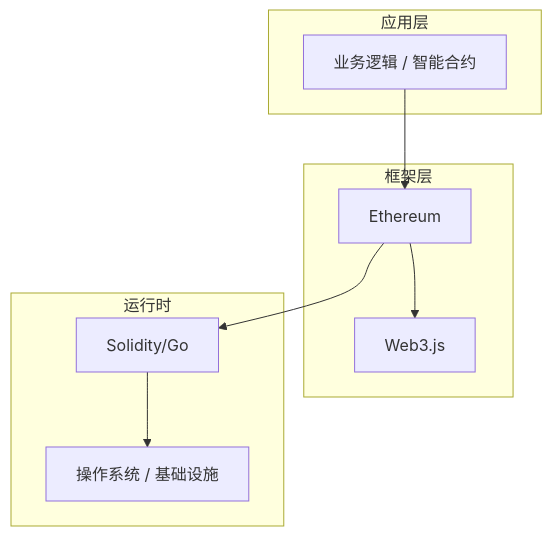
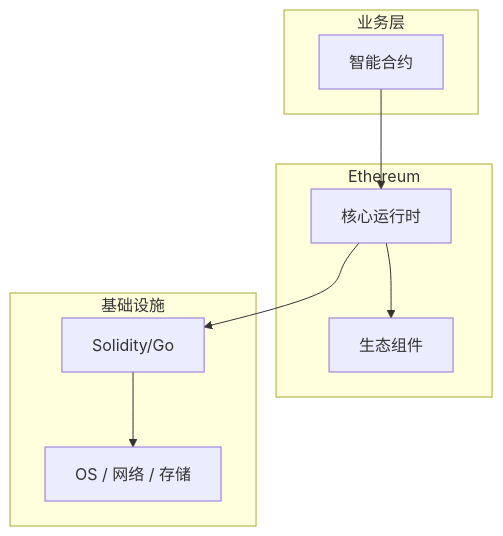
Before and after one commit to yanggan2015/knowledge-json-v2: the diagram in articles/区块链/chapters/026-智能合约核心概念与原理.md, drawn with Mermaid. The commit also changed other lines of this file and 10127 other files, not shown here.

````diff
--- a/articles/区块链/chapters/026-智能合约核心概念与原理.md
+++ b/articles/区块链/chapters/026-智能合约核心概念与原理.md
@@ -45,18 +30,18 @@
 ```mermaid
 graph TB
-    subgraph 应用层
-        A[业务逻辑 / 智能合约]
+    subgraph 业务层
+        A[智能合约]
     end
-    subgraph 框架层
-        B[Ethereum]
-        C[Web3.js]
+    subgraph Ethereum
+        B[核心运行时]
+        C[生态组件]
     end
-    subgraph 运行时
+    subgraph 基础设施
         D[Solidity/Go]
-        E[操作系统 / 基础设施]
+        E[OS / 网络 / 存储]
     end
     A --> B
     B --> C
     B --> D
     D --> E
 ```
````
